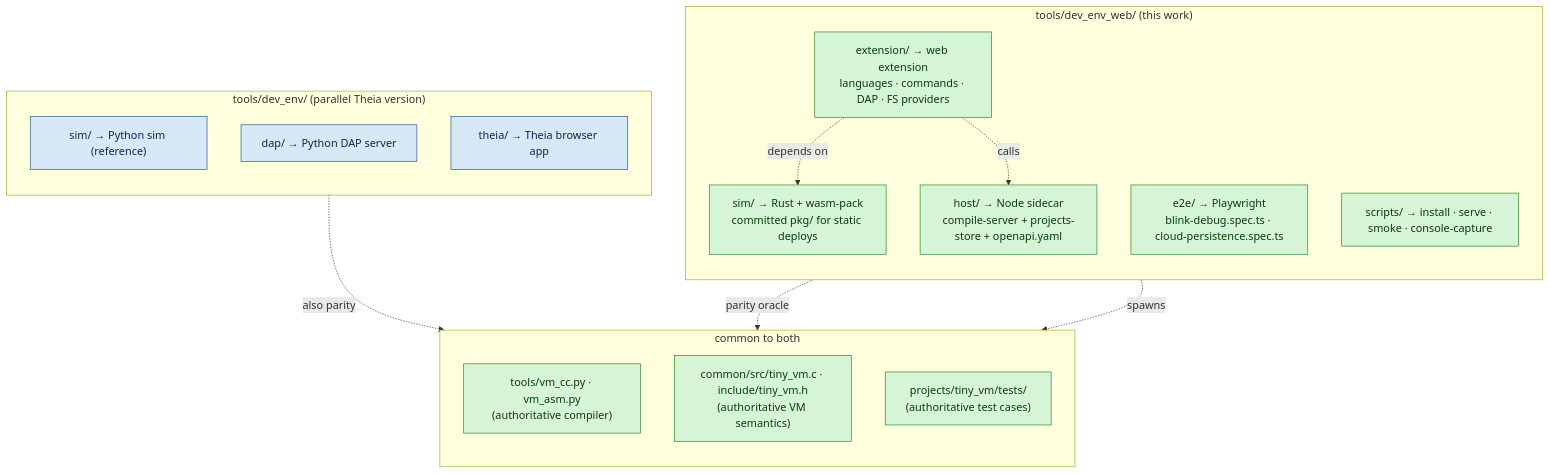
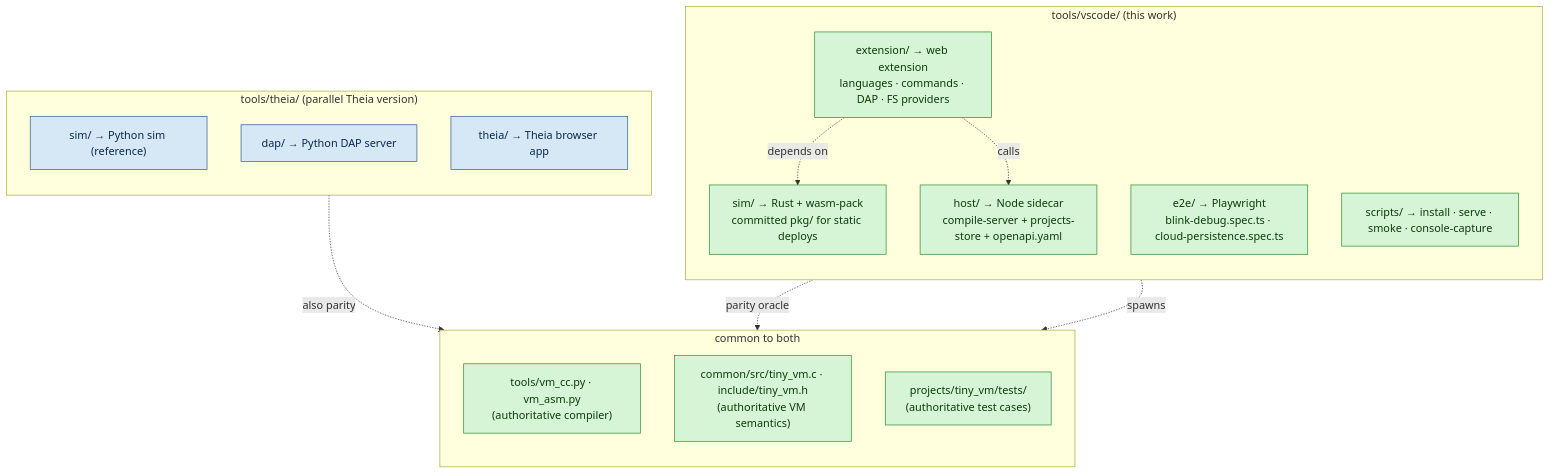
Before and after one commit to jdesbonnet/codex_experiment_06: the fifth of 5 diagrams in docs/architecture.md, drawn with Mermaid. The commit also changed other lines of this file and 147 other files, not shown here.

First line of the commit message:
Rename tools/dev_env → tools/theia and tools/dev_env_web → tools/vscode

````diff
--- a/docs/architecture.md
+++ b/docs/architecture.md
@@ -192,34 +192,34 @@
 ```mermaid
 flowchart TB
     classDef shipped fill:#d6f5d6,stroke:#2a8a2a,color:#0a3d0a
     classDef ancillary fill:#d6e7f5,stroke:#2a5a8a,color:#0a2a4d
 
-    subgraph Web ["tools/dev_env_web/ (this work)"]
+    subgraph Web ["tools/vscode/ (this work)"]
         direction TB
         Sim["sim/ → Rust + wasm-pack<br/>committed pkg/ for static deploys"]:::shipped
         ExtDir["extension/ → web extension<br/>languages · commands · DAP · FS providers"]:::shipped
         HostDir["host/ → Node sidecar<br/>compile-server + projects-store + openapi.yaml"]:::shipped
         E2E["e2e/ → Playwright<br/>blink-debug.spec.ts · cloud-persistence.spec.ts"]:::shipped
         Scripts["scripts/ → install · serve · smoke · console-capture"]:::shipped
     end
 
-    subgraph Theia ["tools/dev_env/ (parallel Theia version)"]
+    subgraph Theia ["tools/theia/ (parallel Theia version)"]
         direction TB
         ThSim["sim/ → Python sim (reference)"]:::ancillary
         ThDap["dap/ → Python DAP server"]:::ancillary
         ThIDE["theia/ → Theia browser app"]:::ancillary
     end
 
     subgraph Common ["common to both"]
         direction TB
         Vmcc["tools/vm_cc.py · vm_asm.py<br/>(authoritative compiler)"]:::shipped
         Runtime["common/src/tiny_vm.c · include/tiny_vm.h<br/>(authoritative VM semantics)"]:::shipped
         Tests["projects/tiny_vm/tests/<br/>(authoritative test cases)"]:::shipped
     end
 
     Sim -.parity oracle.-> Tests
     ExtDir -.depends on.-> Sim
     ExtDir -.calls.-> HostDir
     HostDir -.spawns.-> Vmcc
     ThSim -.also parity.-> Tests
 ```
````
